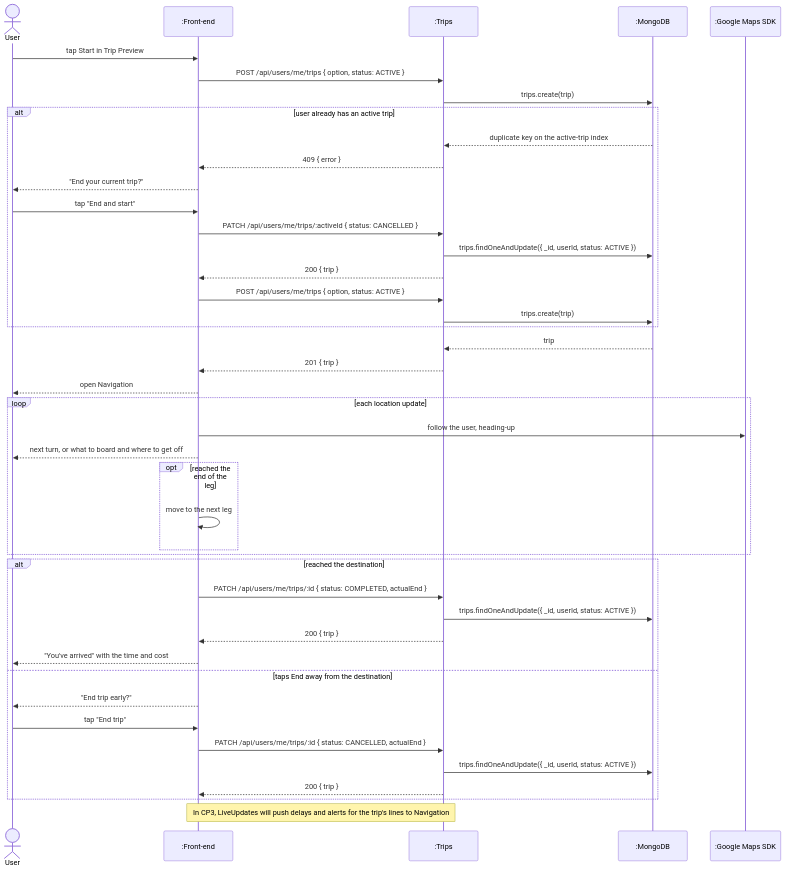
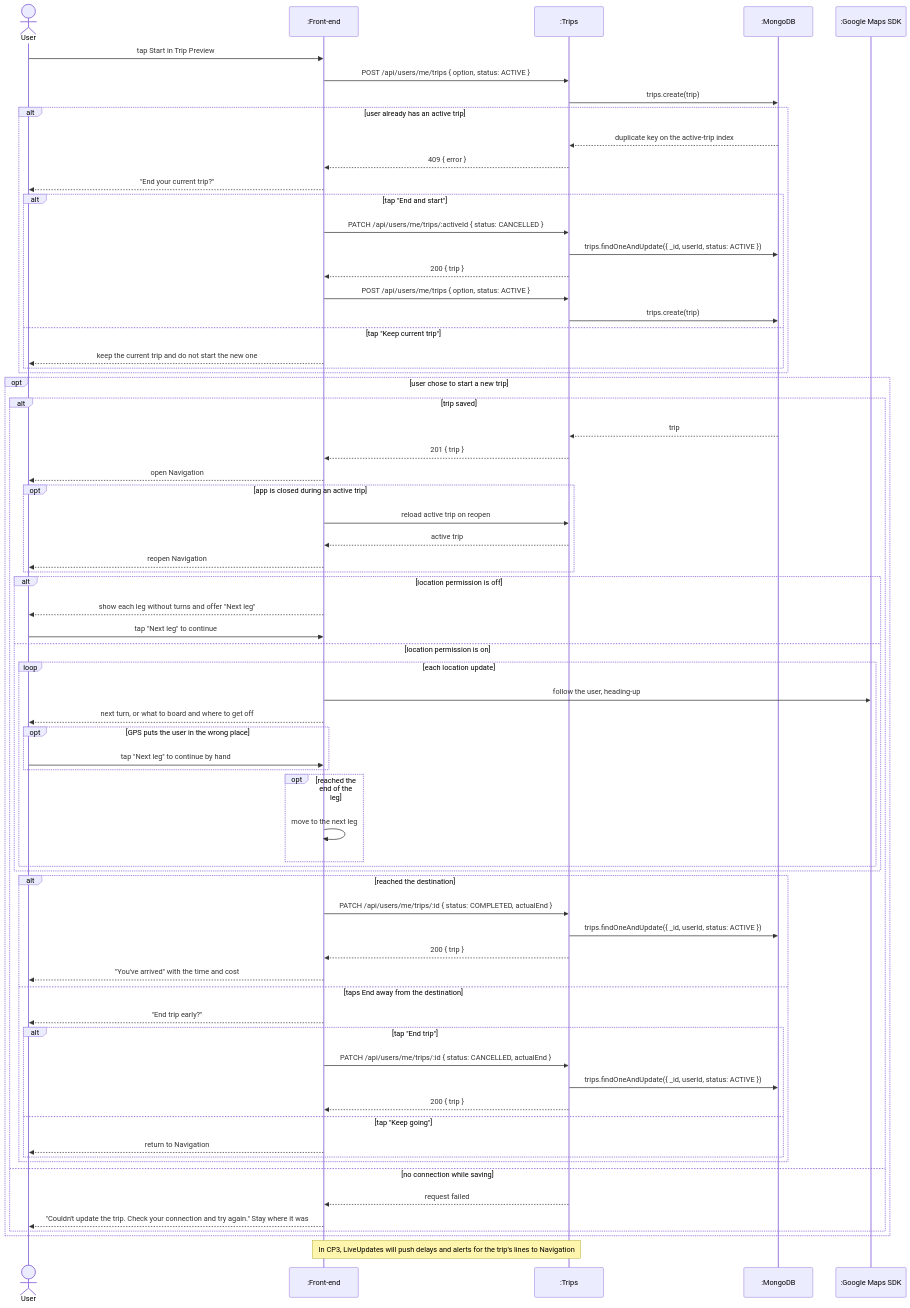
The fourth of 6 diagrams in documentation/Requirements_and_Design.md (adamdeleeuw/trailmix), drawn with Mermaid before and after one commit. The commit also changed other lines of this file, not shown here.

Commit message:
updated sequence diagram to include more failure cases

````diff
--- a/documentation/Requirements_and_Design.md
+++ b/documentation/Requirements_and_Design.md
@@ -565,46 +575,72 @@
 ```mermaid
 sequenceDiagram
     actor User
     participant App as :Front-end
     participant Trips as :Trips
     participant DB as :MongoDB
     participant Maps as :Google Maps SDK
 
     User->>App: tap Start in Trip Preview
     App->>Trips: POST /api/users/me/trips { option, status: ACTIVE }
     Trips->>DB: trips.create(trip)
     alt user already has an active trip
         DB-->>Trips: duplicate key on the active-trip index
         Trips-->>App: 409 { error }
         App-->>User: "End your current trip?"
-        User->>App: tap "End and start"
-        App->>Trips: PATCH /api/users/me/trips/:activeId { status: CANCELLED }
-        Trips->>DB: trips.findOneAndUpdate({ _id, userId, status: ACTIVE })
-        Trips-->>App: 200 { trip }
-        App->>Trips: POST /api/users/me/trips { option, status: ACTIVE }
-        Trips->>DB: trips.create(trip)
-    end
-    DB-->>Trips: trip
-    Trips-->>App: 201 { trip }
-    App-->>User: open Navigation
-    loop each location update
-        App->>Maps: follow the user, heading-up
-        App-->>User: next turn, or what to board and where to get off
-        opt reached the end of the leg
-            App->>App: move to the next leg
+        alt tap "End and start"
+            App->>Trips: PATCH /api/users/me/trips/:activeId { status: CANCELLED }
+            Trips->>DB: trips.findOneAndUpdate({ _id, userId, status: ACTIVE })
+            Trips-->>App: 200 { trip }
+            App->>Trips: POST /api/users/me/trips { option, status: ACTIVE }
+            Trips->>DB: trips.create(trip)
+        else tap "Keep current trip"
+            App-->>User: keep the current trip and do not start the new one
         end
     end
-    alt reached the destination
-        App->>Trips: PATCH /api/users/me/trips/:id { status: COMPLETED, actualEnd }
-        Trips->>DB: trips.findOneAndUpdate({ _id, userId, status: ACTIVE })
-        Trips-->>App: 200 { trip }
-        App-->>User: "You've arrived" with the time and cost
-    else taps End away from the destination
-        App-->>User: "End trip early?"
-        User->>App: tap "End trip"
-        App->>Trips: PATCH /api/users/me/trips/:id { status: CANCELLED, actualEnd }
-        Trips->>DB: trips.findOneAndUpdate({ _id, userId, status: ACTIVE })
-        Trips-->>App: 200 { trip }
+    opt user chose to start a new trip
+        alt trip saved
+            DB-->>Trips: trip
+            Trips-->>App: 201 { trip }
+            App-->>User: open Navigation
+            opt app is closed during an active trip
+                App->>Trips: reload active trip on reopen
+                Trips-->>App: active trip
+                App-->>User: reopen Navigation
+            end
+            alt location permission is off
+                App-->>User: show each leg without turns and offer "Next leg"
+                User->>App: tap "Next leg" to continue
+            else location permission is on
+                loop each location update
+                    App->>Maps: follow the user, heading-up
+                    App-->>User: next turn, or what to board and where to get off
+                    opt GPS puts the user in the wrong place
+                        User->>App: tap "Next leg" to continue by hand
+                    end
+                    opt reached the end of the leg
+                        App->>App: move to the next leg
+                    end
+                end
+            end
+            alt reached the destination
+                App->>Trips: PATCH /api/users/me/trips/:id { status: COMPLETED, actualEnd }
+                Trips->>DB: trips.findOneAndUpdate({ _id, userId, status: ACTIVE })
+                Trips-->>App: 200 { trip }
+                App-->>User: "You've arrived" with the time and cost
+            else taps End away from the destination
+                App-->>User: "End trip early?"
+                alt tap "End trip"
+                    App->>Trips: PATCH /api/users/me/trips/:id { status: CANCELLED, actualEnd }
+                    Trips->>DB: trips.findOneAndUpdate({ _id, userId, status: ACTIVE })
+                    Trips-->>App: 200 { trip }
+                else tap "Keep going"
+                    App-->>User: return to Navigation
+                end
+            end
+        else no connection while saving
+            Trips-->>App: request failed
+            App-->>User: "Couldn't update the trip. Check your connection and try again." Stay where it was
+        end
     end
     Note over App,Trips: In CP3, LiveUpdates will push delays and alerts for the trip's lines to Navigation
 ```
````
